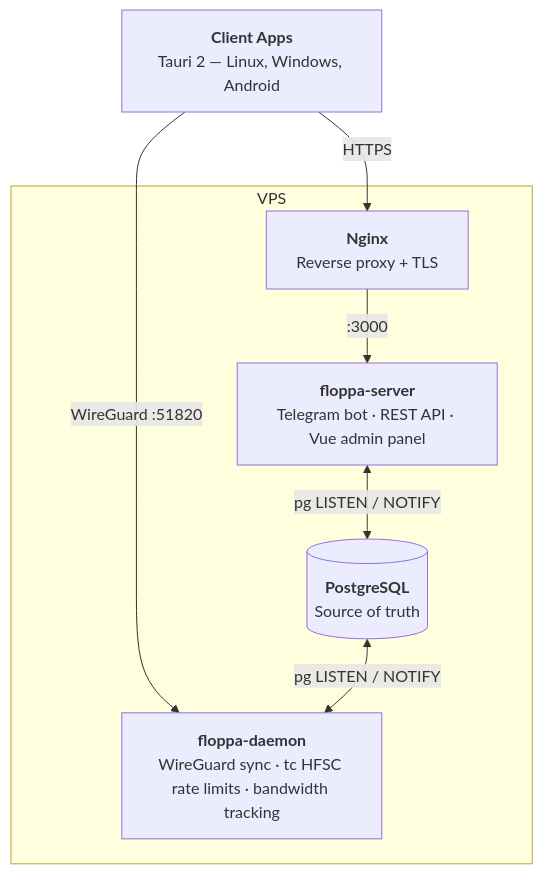
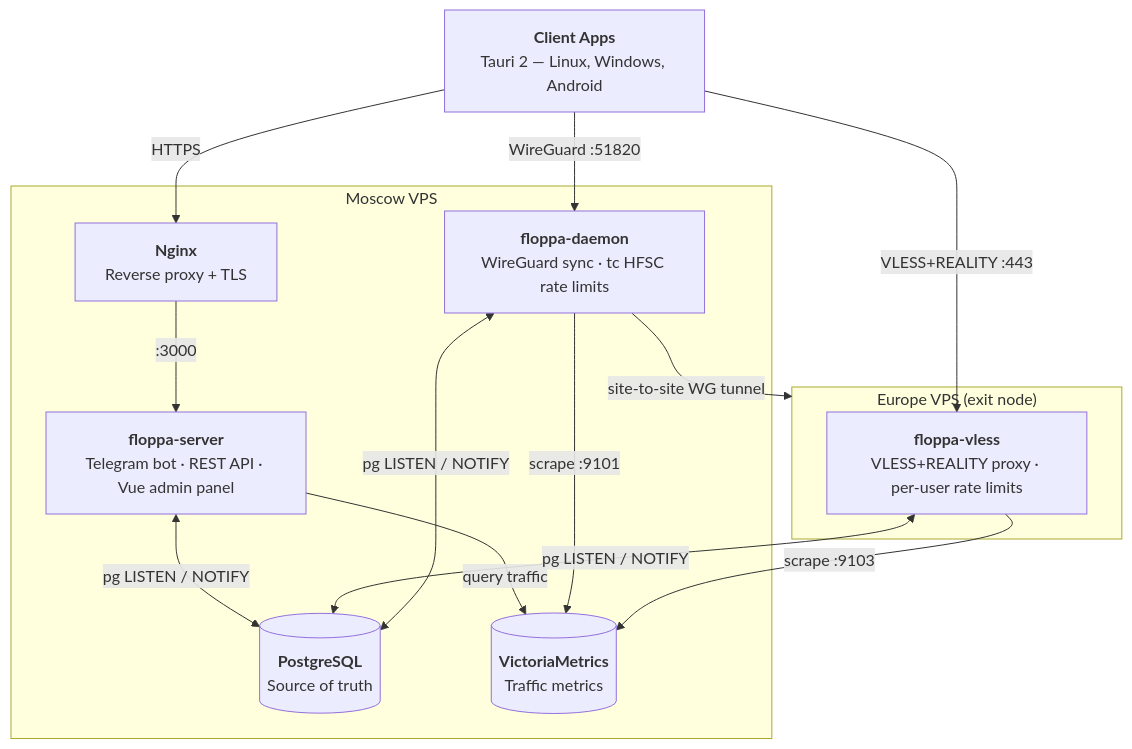
Before and after one commit to okhsunrog/floppa-vpn: the first of 4 diagrams in README.md, drawn with Mermaid. The commit also changed other lines of this file, not shown here.

First line of the commit message:
Update README: add VLESS+REALITY, VictoriaMetrics, two-VPS architecture

````diff
--- a/README.md
+++ b/README.md
@@ -13,20 +18,33 @@
 ```mermaid
 graph TD
     Client["<b>Client Apps</b><br/>Tauri 2 — Linux, Windows, Android"]
 
     Client -- "WireGuard :51820" --> Daemon
+    Client -- "VLESS+REALITY :443" --> Vless
     Client -- "HTTPS" --> Nginx
 
-    subgraph VPS
+    subgraph Moscow["Moscow VPS"]
         Nginx["<b>Nginx</b><br/>Reverse proxy + TLS"]
         Nginx -- ":3000" --> Server
 
         Server["<b>floppa-server</b><br/>Telegram bot · REST API · Vue admin panel"]
         Server <-- "pg LISTEN / NOTIFY" --> DB
+        Server -- "query traffic" --> VM
 
         DB[("<b>PostgreSQL</b><br/>Source of truth")]
         DB <-- "pg LISTEN / NOTIFY" --> Daemon
 
-        Daemon["<b>floppa-daemon</b><br/>WireGuard sync · tc HFSC rate limits · bandwidth tracking"]
+        Daemon["<b>floppa-daemon</b><br/>WireGuard sync · tc HFSC rate limits"]
+        Daemon -- "scrape :9101" --> VM
+
+        VM[("<b>VictoriaMetrics</b><br/>Traffic metrics")]
     end
+
+    subgraph Europe["Europe VPS (exit node)"]
+        Vless["<b>floppa-vless</b><br/>VLESS+REALITY proxy · per-user rate limits"]
+        Vless <-- "pg LISTEN / NOTIFY" --> DB
+        Vless -- "scrape :9103" --> VM
+    end
+
+    Daemon -- "site-to-site WG tunnel" --> Europe
 ```
````
